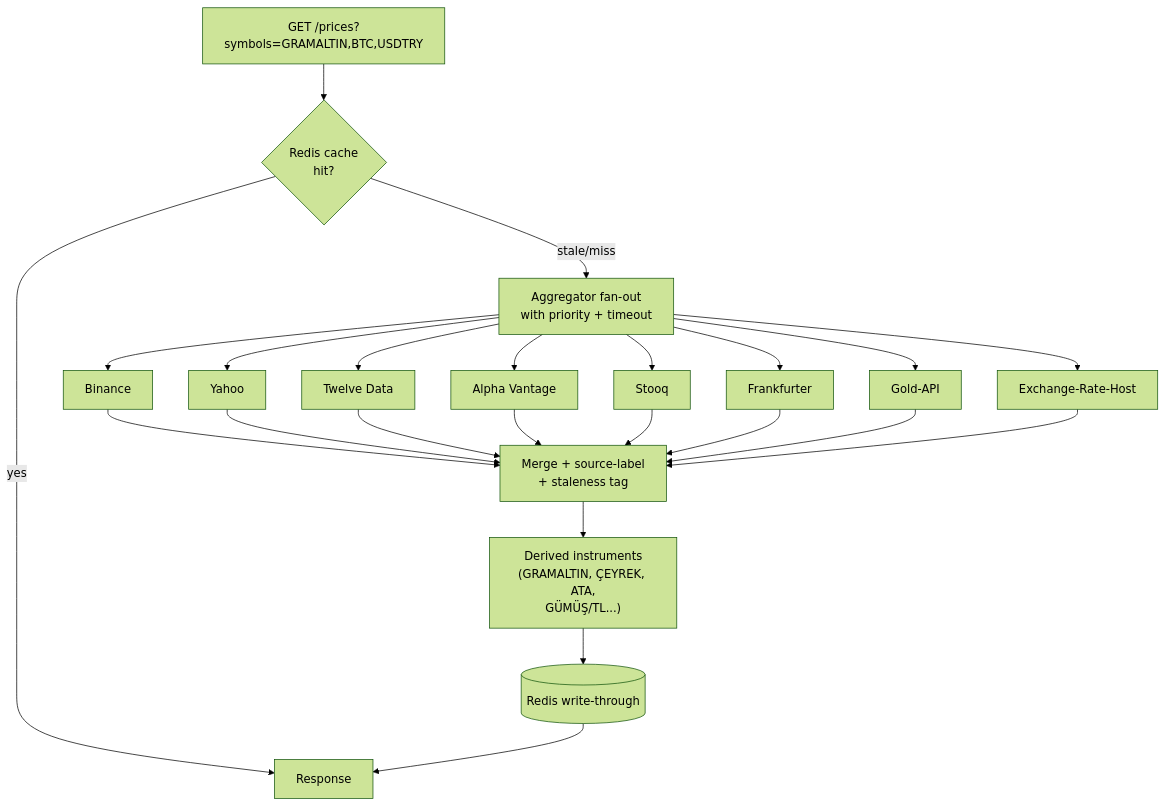
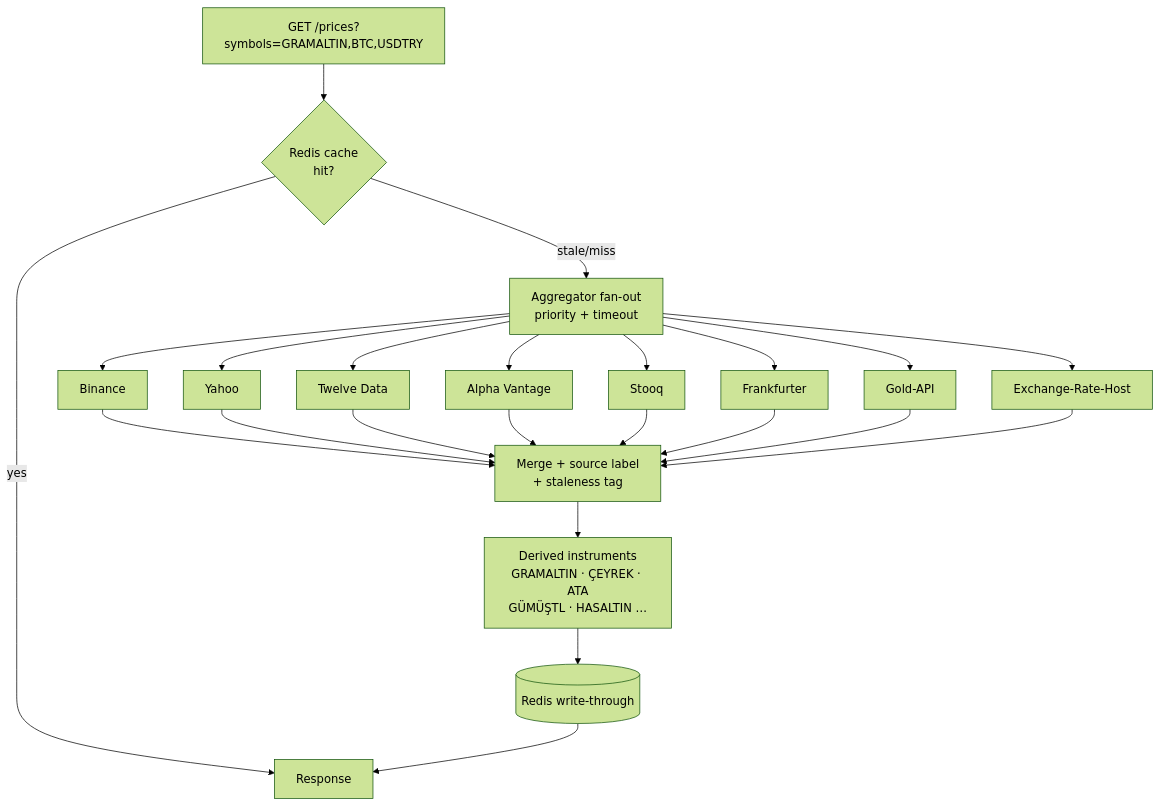
The second of 3 diagrams in README.md (ardamoustafa1/MarketPulseAI), drawn with Mermaid (forest theme) before and after one commit. The commit also changed other lines of this file, not shown here.

````diff
--- a/README.md
+++ b/README.md
@@ -206,18 +297,18 @@
 ```mermaid
 flowchart TB
   Req["GET /prices?symbols=GRAMALTIN,BTC,USDTRY"] --> Cache{Redis cache<br/>hit?}
   Cache -- yes --> Resp
-  Cache -- stale/miss --> Fanout["Aggregator fan-out<br/>with priority + timeout"]
+  Cache -- stale/miss --> Fanout["Aggregator fan-out<br/>priority + timeout"]
   Fanout --> P1[Binance]
   Fanout --> P2[Yahoo]
   Fanout --> P3[Twelve Data]
   Fanout --> P4[Alpha Vantage]
   Fanout --> P5[Stooq]
   Fanout --> P6[Frankfurter]
   Fanout --> P7[Gold-API]
   Fanout --> P8[Exchange-Rate-Host]
-  P1 & P2 & P3 & P4 & P5 & P6 & P7 & P8 --> Merge["Merge + source-label<br/>+ staleness tag"]
-  Merge --> Derived["Derived instruments<br/>(GRAMALTIN, ÇEYREK, ATA,<br/>GÜMÜŞ/TL...)"]
+  P1 & P2 & P3 & P4 & P5 & P6 & P7 & P8 --> Merge["Merge + source label<br/>+ staleness tag"]
+  Merge --> Derived["Derived instruments<br/>GRAMALTIN · ÇEYREK · ATA<br/>GÜMÜŞTL · HASALTIN …"]
   Derived --> WriteCache[(Redis write-through)]
   WriteCache --> Resp[Response]
 ```
````
